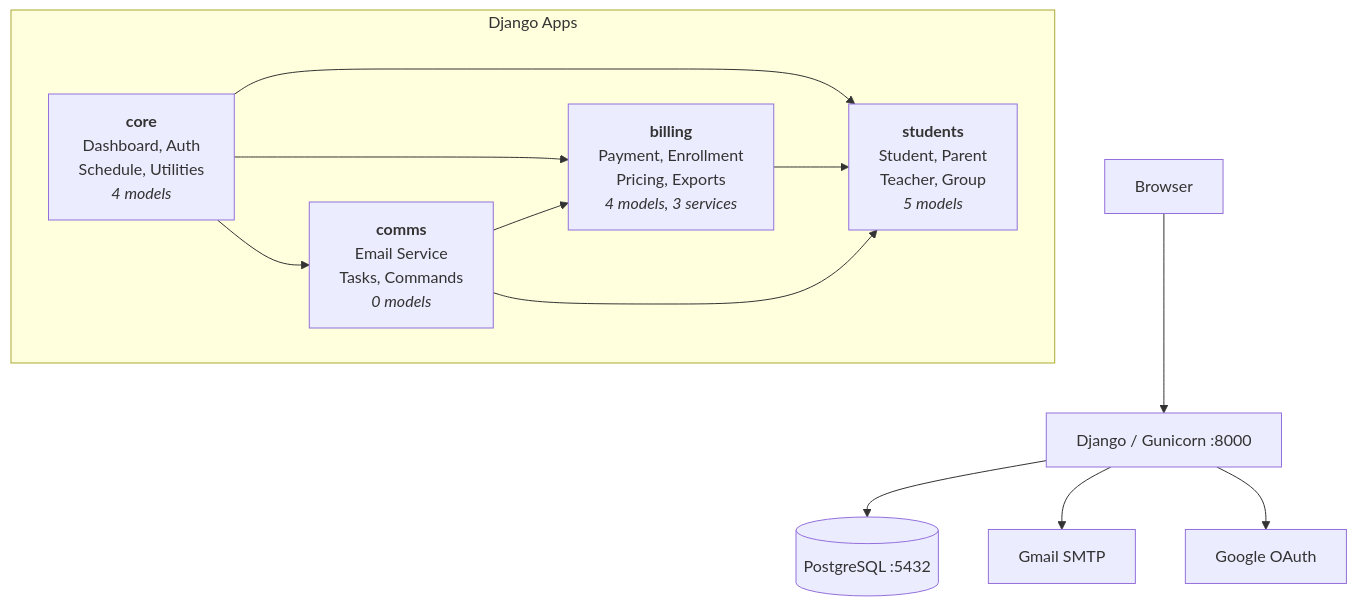
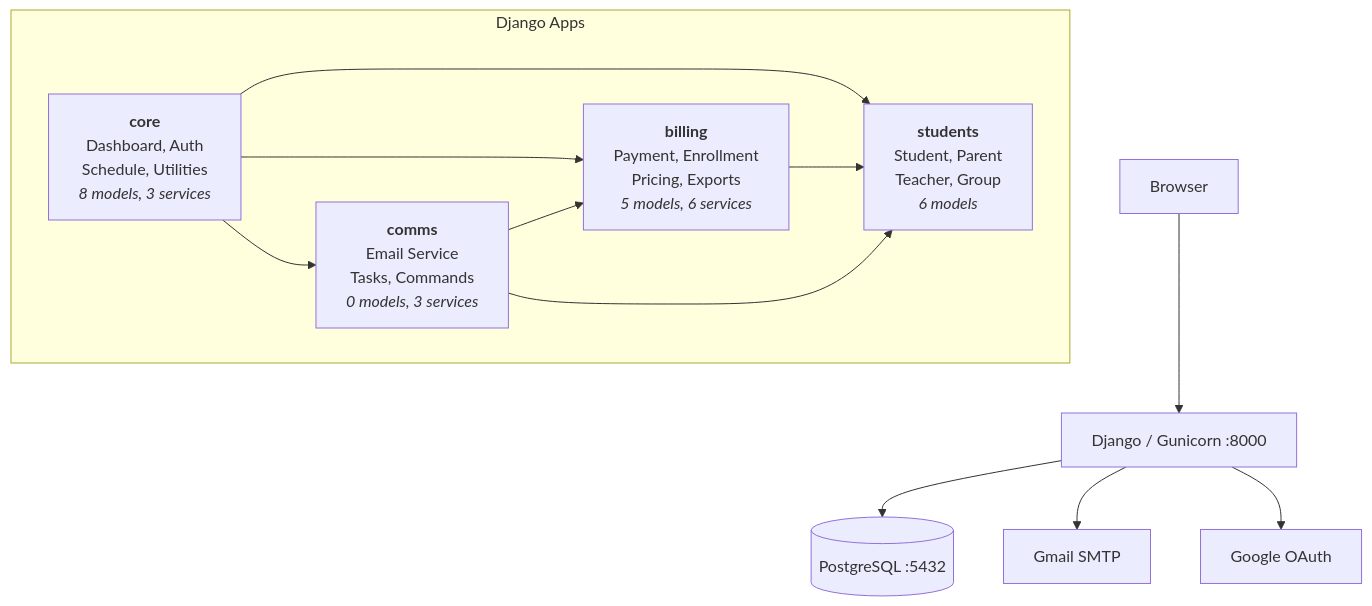
The second of 3 diagrams in README.md (starseeker-code-public/five-a-day), drawn with Mermaid before and after one commit. The commit also changed other lines of this file and 11 other files, not shown here.

````diff
--- a/README.md
+++ b/README.md
@@ -1780,21 +1942,21 @@
 ```mermaid
 graph TB
     Browser[Browser] --> Django[Django / Gunicorn :8000]
     Django --> PG[(PostgreSQL :5432)]
     Django --> SMTP[Gmail SMTP]
     Django --> OAuth[Google OAuth]
 
     subgraph "Django Apps"
-        Core["<b>core</b><br/>Dashboard, Auth<br/>Schedule, Utilities<br/><i>4 models</i>"]
-        Students["<b>students</b><br/>Student, Parent<br/>Teacher, Group<br/><i>5 models</i>"]
-        Billing["<b>billing</b><br/>Payment, Enrollment<br/>Pricing, Exports<br/><i>4 models, 3 services</i>"]
-        Comms["<b>comms</b><br/>Email Service<br/>Tasks, Commands<br/><i>0 models</i>"]
+        Core["<b>core</b><br/>Dashboard, Auth<br/>Schedule, Utilities<br/><i>8 models, 3 services</i>"]
+        Students["<b>students</b><br/>Student, Parent<br/>Teacher, Group<br/><i>6 models</i>"]
+        Billing["<b>billing</b><br/>Payment, Enrollment<br/>Pricing, Exports<br/><i>5 models, 6 services</i>"]
+        Comms["<b>comms</b><br/>Email Service<br/>Tasks, Commands<br/><i>0 models, 3 services</i>"]
     end
 
     Core --> Students
     Core --> Billing
     Core --> Comms
     Billing --> Students
     Comms --> Students
     Comms --> Billing
 ```
````
